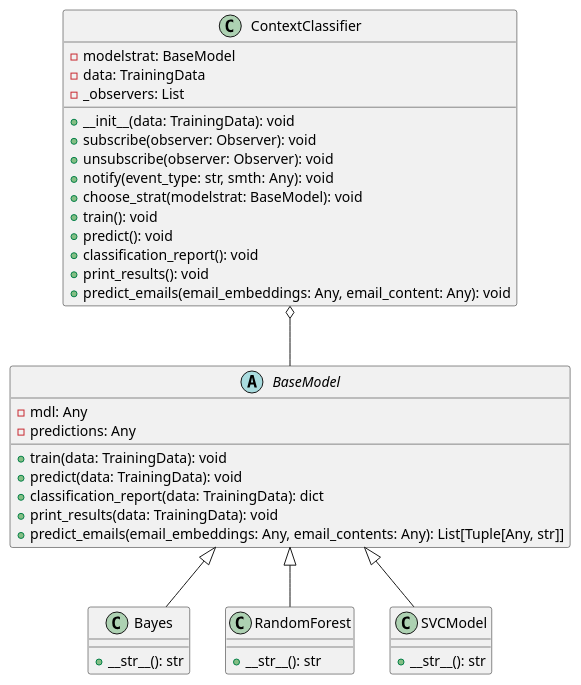
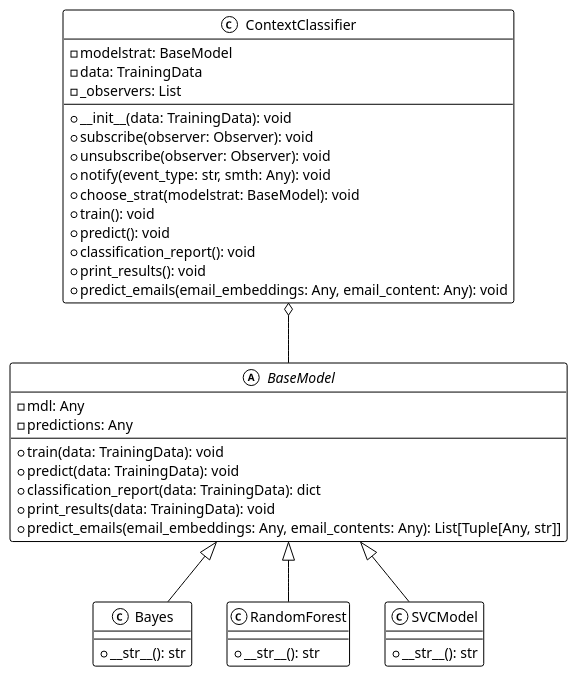
The diagram in uml/strategy_pattern.wsd (chrnas/email-classifier), drawn with PlantUML before and after one commit. The commit also changed 3 other files, not shown here.

Commit message:
change UML

```diff
--- a/uml/strategy_pattern.wsd
+++ b/uml/strategy_pattern.wsd
@@ -1,45 +1,45 @@
 @startuml
-
+!theme mono
 class ContextClassifier {
     - modelstrat: BaseModel
     - data: TrainingData
     - _observers: List
     + __init__(data: TrainingData): void
     + subscribe(observer: Observer): void
     + unsubscribe(observer: Observer): void
     + notify(event_type: str, smth: Any): void
     + choose_strat(modelstrat: BaseModel): void
     + train(): void
     + predict(): void
     + classification_report(): void
     + print_results(): void
     + predict_emails(email_embeddings: Any, email_content: Any): void
 }
 
 abstract class BaseModel {
     - mdl: Any
     - predictions: Any
     + train(data: TrainingData): void
     + predict(data: TrainingData): void
     + classification_report(data: TrainingData): dict
     + print_results(data: TrainingData): void
     + predict_emails(email_embeddings: Any, email_contents: Any): List[Tuple[Any, str]]
 }
 
 class Bayes {
     + __str__(): str
 }
 class RandomForest {
     + __str__(): str
 }
 class SVCModel {
     + __str__(): str
 }
 
 
 
 ContextClassifier o-- BaseModel
 BaseModel <|-- Bayes
 BaseModel <|-- RandomForest
 BaseModel <|-- SVCModel
 @enduml
```
